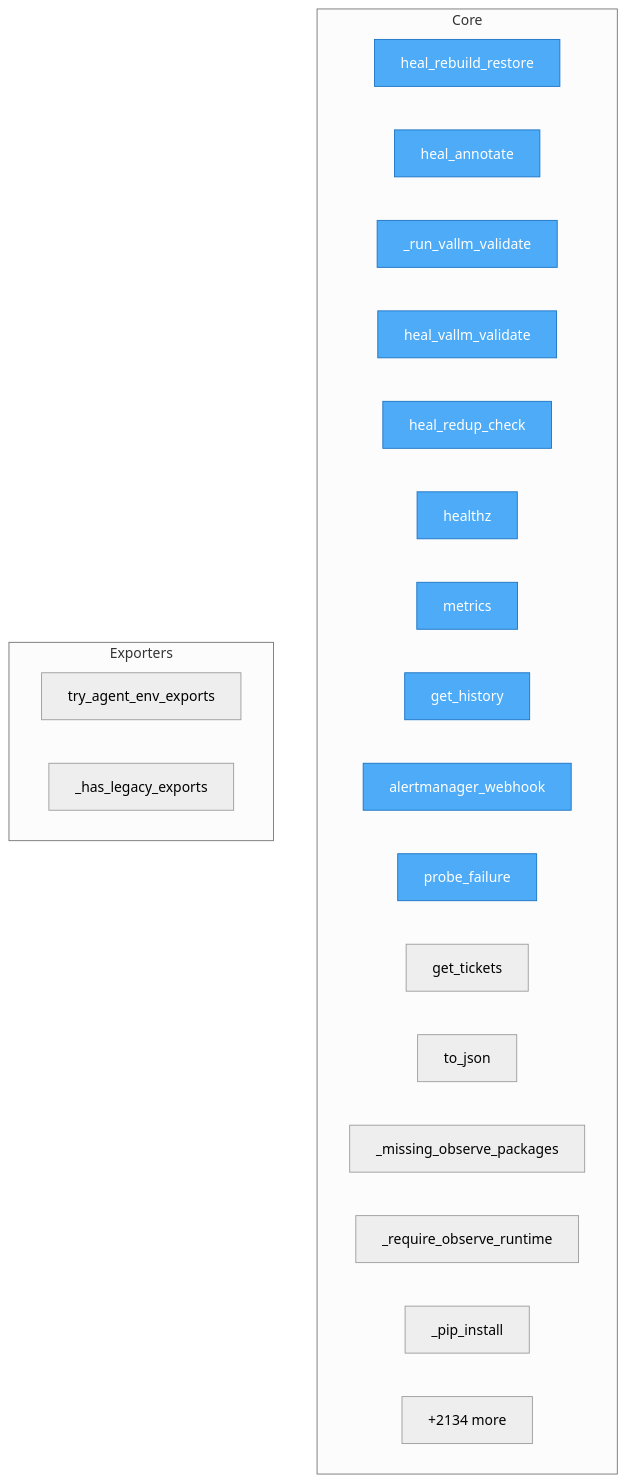
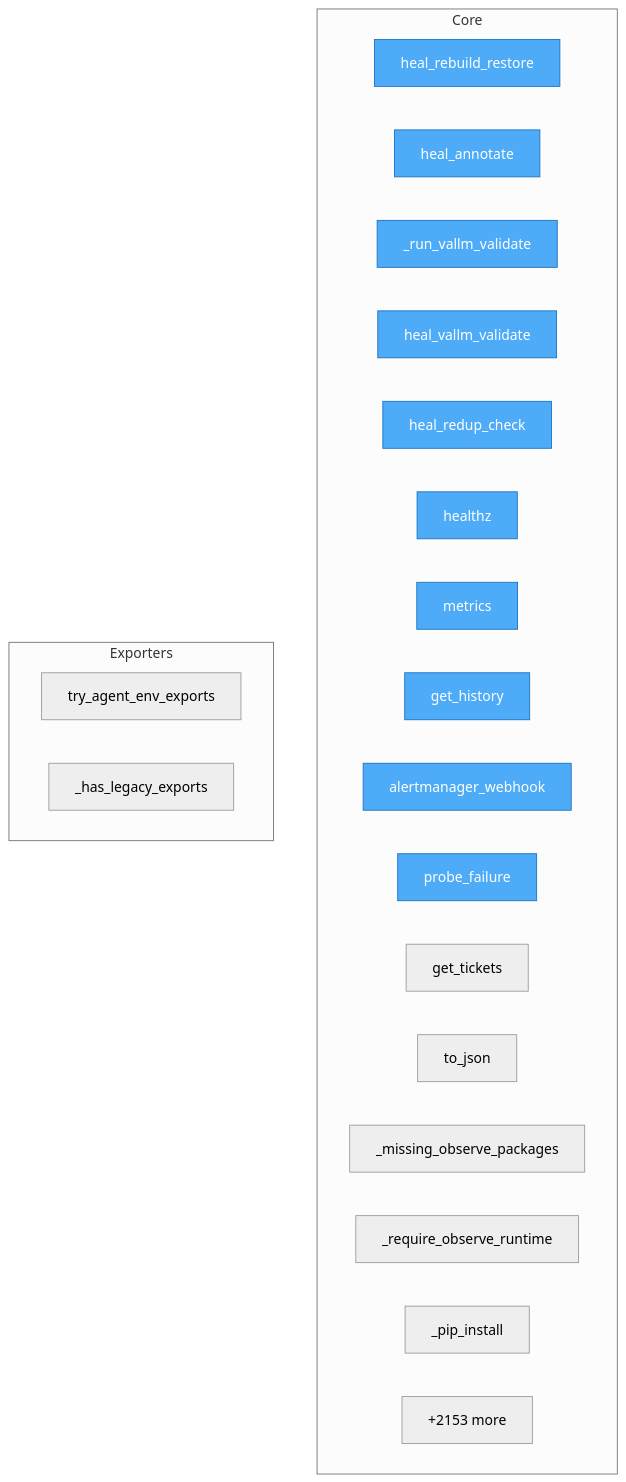
One commit to semcod/koru changed the diagram in project/flow.mmd. Above: the diagram before and after it, drawn with Mermaid (neutral theme). The commit also changed 54 other files, not shown here.

```diff
--- a/project/flow.mmd
+++ b/project/flow.mmd
@@ -1,31 +1,31 @@
 flowchart TD
-%% generated in 0.12s
+%% generated in 0.11s
 
     %% Entry points (blue)
     classDef entry fill:#4dabf7,stroke:#1971c2,color:#fff
 
     subgraph Core
         services__healing_webhook__app__heal_rebuild_restore["heal_rebuild_restore"]
         services__healing_webhook__app__heal_annotate["heal_annotate"]
         services__healing_webhook__app___run_vallm_validate["_run_vallm_validate"]
         services__healing_webhook__app__heal_vallm_validate["heal_vallm_validate"]
         services__healing_webhook__app__heal_redup_check["heal_redup_check"]
         services__healing_webhook__app__healthz["healthz"]
         services__healing_webhook__app__metrics["metrics"]
         services__healing_webhook__app__get_history["get_history"]
         services__healing_webhook__app__alertmanager_webhook["alertmanager_webhook"]
         services__healing_webhook__app__probe_failure["probe_failure"]
         services__healing_webhook__app__get_tickets["get_tickets"]
         src__koruobserve__lifecycle__ObserveProcesses__to_json["to_json"]
         src__koruobserve__cli___missing_observe_packages["_missing_observe_packages"]
         src__koruobserve__cli___require_observe_runtime["_require_observe_runtime"]
         src__koruobserve__cli___pip_install["_pip_install"]
-        ...["+2134 more"]
+        ...["+2153 more"]
     end
 
     subgraph Exporters
         src__koru__agent_cli_helpers__try_agent_env_exports["try_agent_env_exports"]
         src__koru__cli___has_legacy_exports["_has_legacy_exports"]
     end
 
     class services__healing_webhook__app__heal_rebuild_restore,services__healing_webhook__app__heal_annotate,services__healing_webhook__app___run_vallm_validate,services__healing_webhook__app__heal_vallm_validate,services__healing_webhook__app__heal_redup_check,services__healing_webhook__app__healthz,services__healing_webhook__app__metrics,services__healing_webhook__app__get_history,services__healing_webhook__app__alertmanager_webhook,services__healing_webhook__app__probe_failure entry
```
